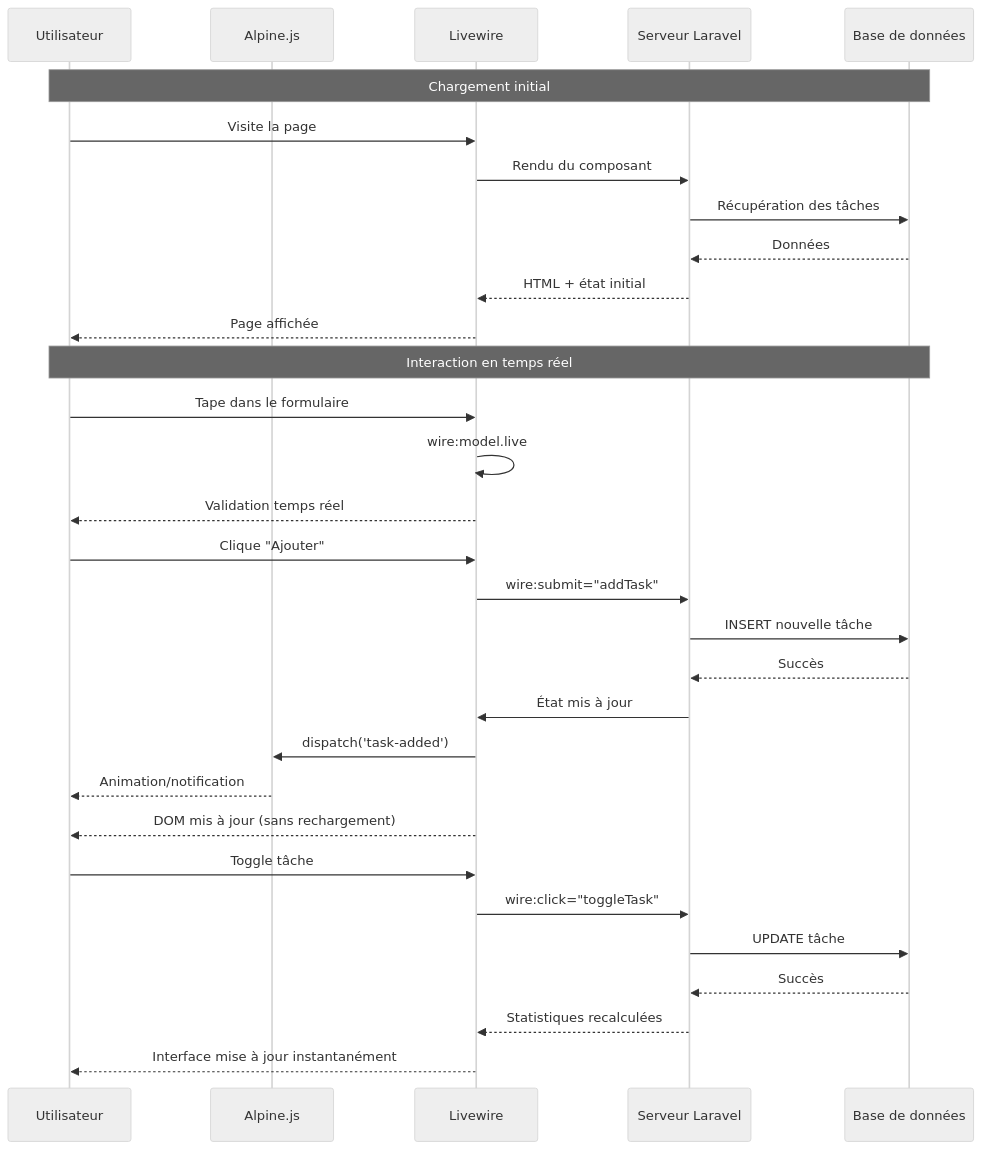
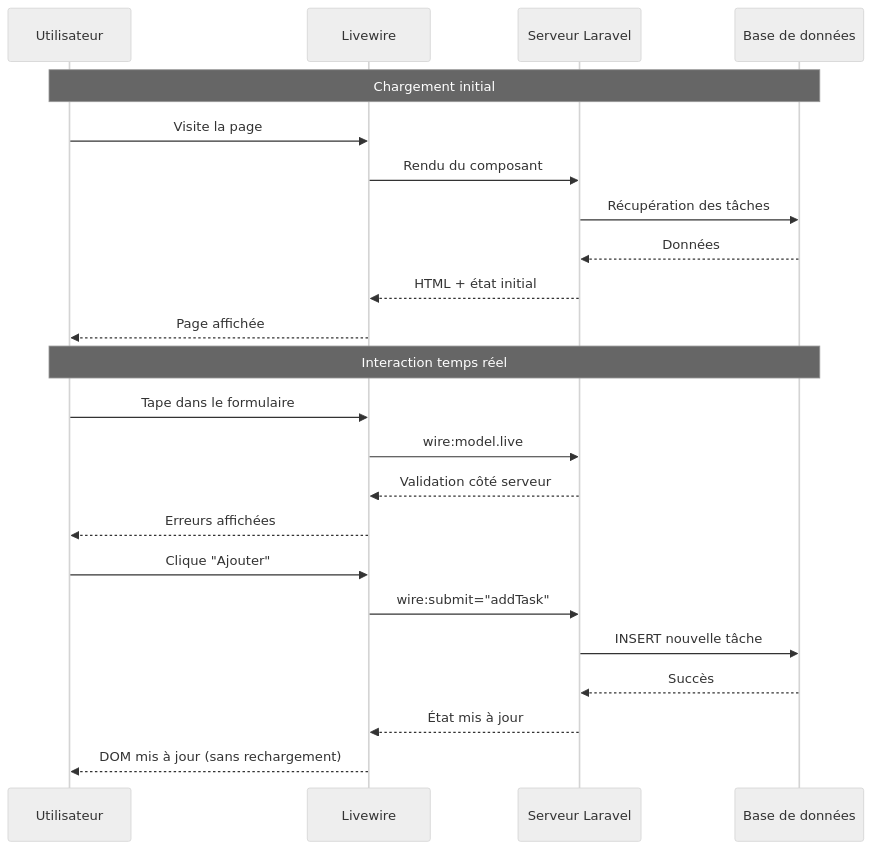
The second of 2 diagrams in docs/dev-cloud/stacks/tall/apprentissage-progressif/introduction-livewire.mdx (zyrass/omnyforge), drawn with Mermaid before and after one commit. The commit also changed other lines of this file, not shown here.

````diff
--- a/docs/dev-cloud/stacks/tall/apprentissage-progressif/introduction-livewire.mdx
+++ b/docs/dev-cloud/stacks/tall/apprentissage-progressif/introduction-livewire.mdx
@@ -699,41 +736,32 @@
 ```mermaid
 ---
 config:
   theme: 'neutral'
 ---
 sequenceDiagram
     participant U as Utilisateur
-    participant A as Alpine.js
     participant L as Livewire
     participant S as Serveur Laravel
     participant DB as Base de données
 
     Note over U,DB: Chargement initial
     U->>L: Visite la page
     L->>S: Rendu du composant
     S->>DB: Récupération des tâches
     DB-->>S: Données
     S-->>L: HTML + état initial
     L-->>U: Page affichée
 
-    Note over U,DB: Interaction en temps réel
+    Note over U,DB: Interaction temps réel
     U->>L: Tape dans le formulaire
-    L->>L: wire:model.live
-    L-->>U: Validation temps réel
+    L->>S: wire:model.live
+    S-->>L: Validation côté serveur
+    L-->>U: Erreurs affichées
 
     U->>L: Clique "Ajouter"
     L->>S: wire:submit="addTask"
     S->>DB: INSERT nouvelle tâche
     DB-->>S: Succès
-    S->>L: État mis à jour
-    L->>A: dispatch('task-added')
-    A-->>U: Animation/notification
+    S-->>L: État mis à jour
     L-->>U: DOM mis à jour (sans rechargement)
-
-    U->>L: Toggle tâche
-    L->>S: wire:click="toggleTask"
-    S->>DB: UPDATE tâche
-    DB-->>S: Succès
-    S-->>L: Statistiques recalculées
-    L-->>U: Interface mise à jour instantanément
 ```
````
